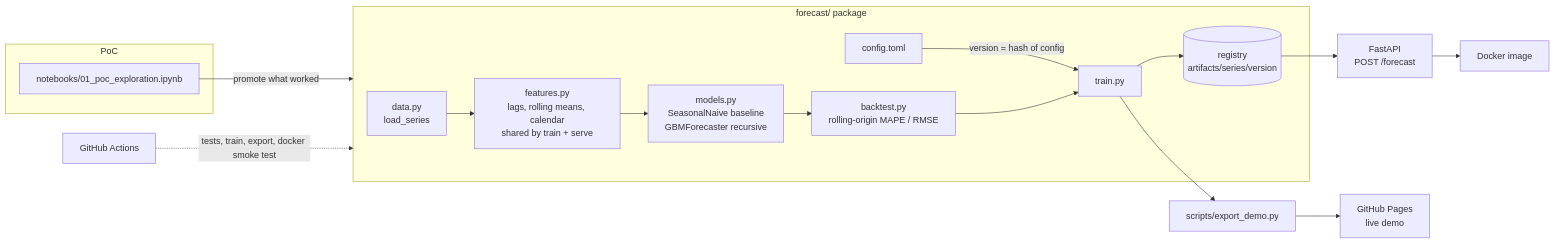
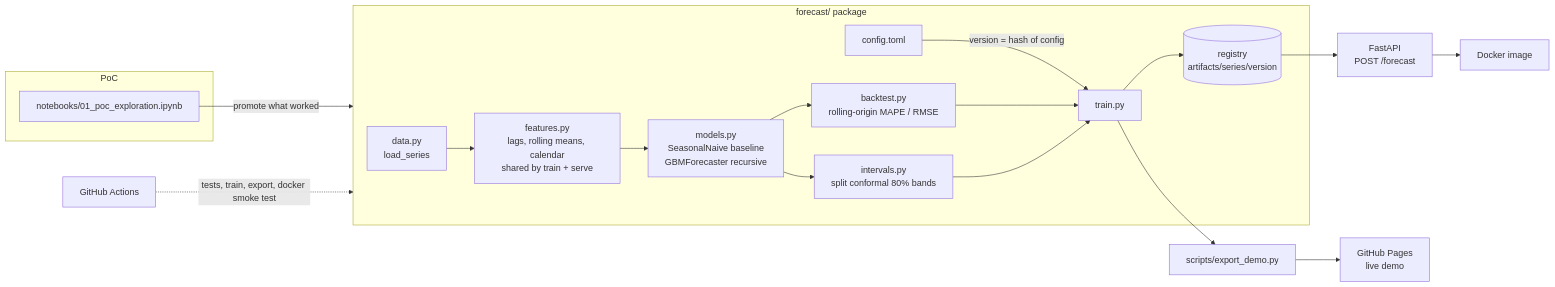
The diagram in README.md (hrutishaa/forecast-poc-to-prod), drawn with Mermaid before and after one commit. The commit also changed other lines of this file and 18 other files, not shown here.

First line of the commit message:
feat: split conformal prediction intervals in API, registry and live demo (v0.2.0)

````diff
--- a/README.md
+++ b/README.md
@@ -21,18 +40,20 @@
 ```mermaid
 flowchart LR
     subgraph PoC
       NB[notebooks/01_poc_exploration.ipynb]
     end
     NB -->|promote what worked| PKG
     subgraph PKG[forecast/ package]
       D[data.py<br/>load_series] --> F[features.py<br/>lags, rolling means, calendar<br/>shared by train + serve]
       F --> M[models.py<br/>SeasonalNaive baseline<br/>GBMForecaster recursive]
       M --> B[backtest.py<br/>rolling-origin MAPE / RMSE]
+      M --> I[intervals.py<br/>split conformal 80% bands]
       CFG[config.toml] -->|version = hash of config| T[train.py]
       B --> T --> R[(registry<br/>artifacts/series/version)]
+      I --> T
     end
     R --> API[FastAPI<br/>POST /forecast]
     API --> DK[Docker image]
     T --> EX[scripts/export_demo.py] --> GP[GitHub Pages<br/>live demo]
     CI[GitHub Actions] -.tests, train, export, docker smoke test.-> PKG
 ```
````
